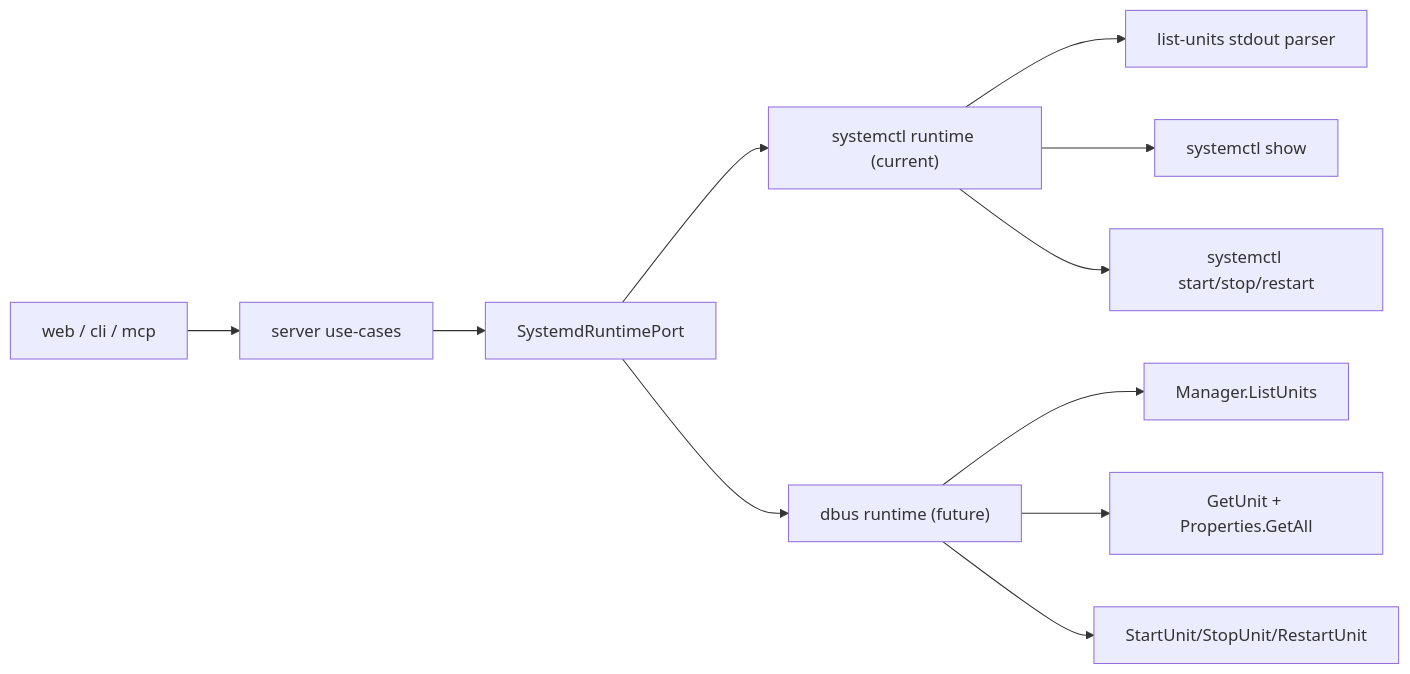
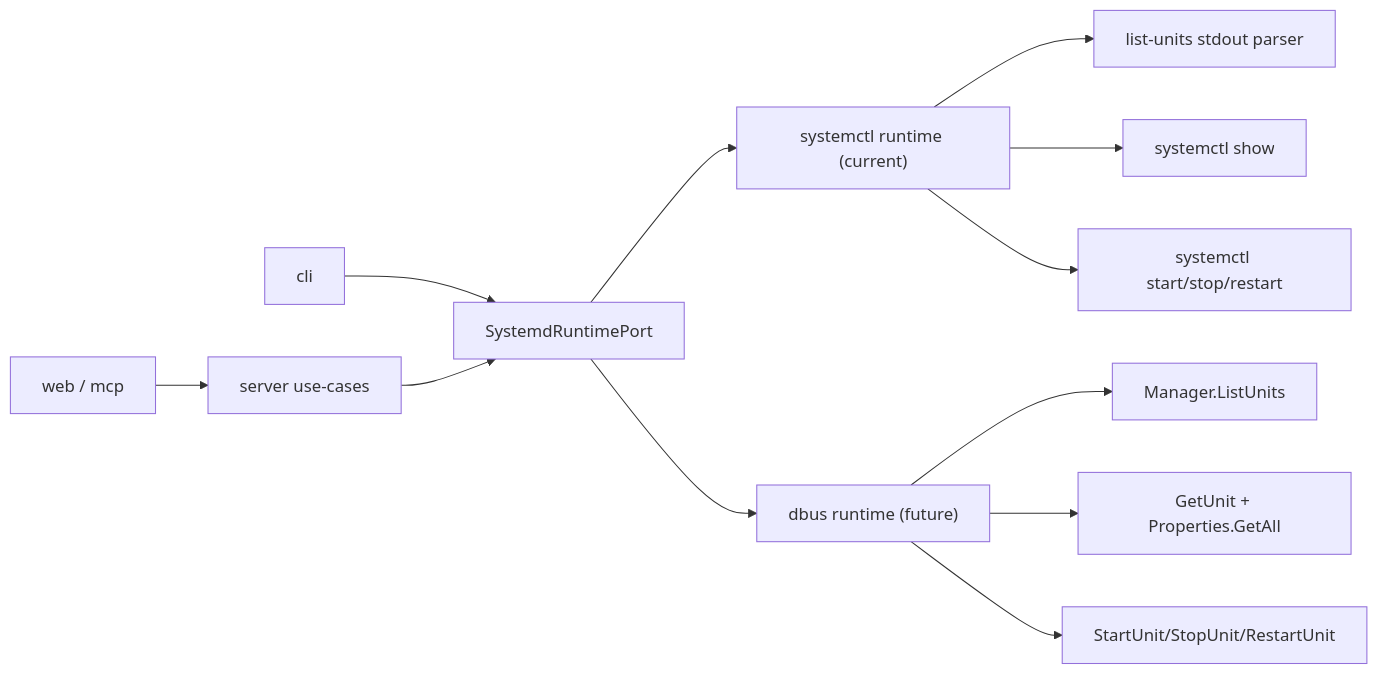
One commit to timzhong1024/sandboxd changed the second of 2 diagrams in README.md. Above: the diagram before and after it, drawn with Mermaid. The commit also changed other lines of this file and 47 other files, not shown here.

Commit message:
feat: add cli and mcp control-plane entrypoints

````diff
--- a/README.md
+++ b/README.md
@@ -211,16 +213,17 @@
 ```mermaid
 flowchart LR
-  A["web / cli / mcp"] --> B["server use-cases"]
+  A["web / mcp"] --> B["server use-cases"]
+  A2["cli"] --> C["SystemdRuntimePort"]
   B --> C["SystemdRuntimePort"]
 
   C --> D["systemctl runtime (current)"]
   C --> E["dbus runtime (future)"]
 
   D --> D1["list-units stdout parser"]
   D --> D2["systemctl show"]
   D --> D3["systemctl start/stop/restart"]
 
   E --> E1["Manager.ListUnits"]
   E --> E2["GetUnit + Properties.GetAll"]
   E --> E3["StartUnit/StopUnit/RestartUnit"]
 ```
````
